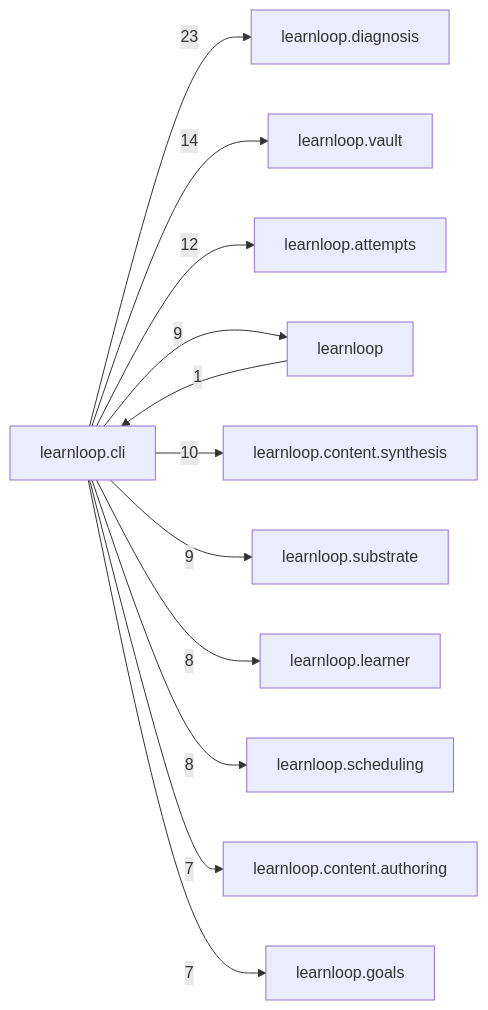
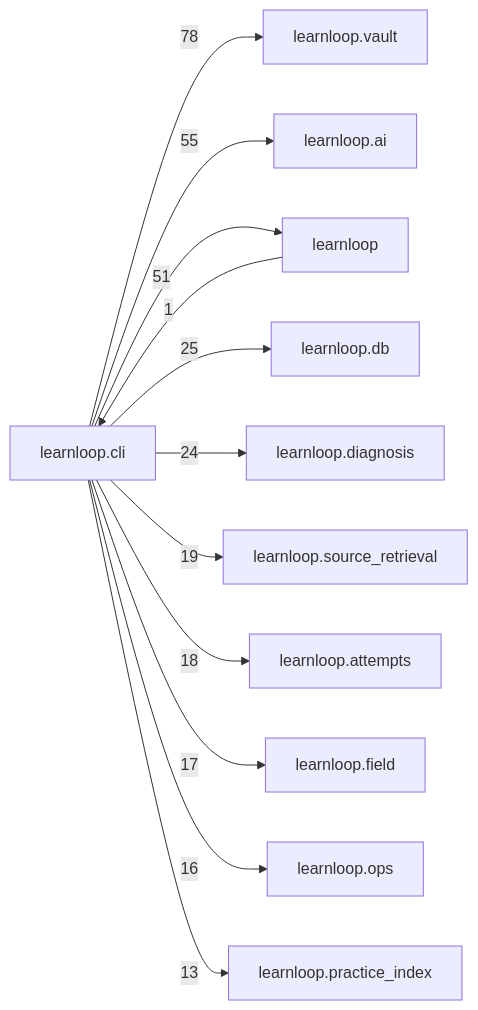
One commit to 6up-b/learnanything changed the diagram in docs/learnloop-architecture-vault/Reference/Modules/learnloop/cli/_package.md. Above: the diagram before and after it, drawn with Mermaid. The commit also changed other lines of this file and 1202 other files, not shown here.

````diff
--- a/docs/learnloop-architecture-vault/Reference/Modules/learnloop/cli/_package.md
+++ b/docs/learnloop-architecture-vault/Reference/Modules/learnloop/cli/_package.md
@@ -134,25 +224,25 @@
 ```mermaid
 flowchart LR
     center["learnloop.cli"]
+    n_learnloop_vault["learnloop.vault"]
+    n_learnloop_ai["learnloop.ai"]
+    n_learnloop["learnloop"]
+    n_learnloop_db["learnloop.db"]
     n_learnloop_diagnosis["learnloop.diagnosis"]
-    n_learnloop_vault["learnloop.vault"]
+    n_learnloop_source_retrieval["learnloop.source_retrieval"]
     n_learnloop_attempts["learnloop.attempts"]
-    n_learnloop["learnloop"]
-    n_learnloop_content_synthesis["learnloop.content.synthesis"]
-    n_learnloop_substrate["learnloop.substrate"]
-    n_learnloop_learner["learnloop.learner"]
-    n_learnloop_scheduling["learnloop.scheduling"]
-    n_learnloop_content_authoring["learnloop.content.authoring"]
-    n_learnloop_goals["learnloop.goals"]
-    center -->|23| n_learnloop_diagnosis
-    center -->|14| n_learnloop_vault
-    center -->|12| n_learnloop_attempts
+    n_learnloop_field["learnloop.field"]
+    n_learnloop_ops["learnloop.ops"]
+    n_learnloop_practice_index["learnloop.practice_index"]
+    center -->|78| n_learnloop_vault
+    center -->|55| n_learnloop_ai
     n_learnloop -->|1| center
-    center -->|9| n_learnloop
-    center -->|10| n_learnloop_content_synthesis
-    center -->|9| n_learnloop_substrate
-    center -->|8| n_learnloop_learner
-    center -->|8| n_learnloop_scheduling
-    center -->|7| n_learnloop_content_authoring
-    center -->|7| n_learnloop_goals
+    center -->|51| n_learnloop
+    center -->|25| n_learnloop_db
+    center -->|24| n_learnloop_diagnosis
+    center -->|19| n_learnloop_source_retrieval
+    center -->|18| n_learnloop_attempts
+    center -->|17| n_learnloop_field
+    center -->|16| n_learnloop_ops
+    center -->|13| n_learnloop_practice_index
 ```
````
